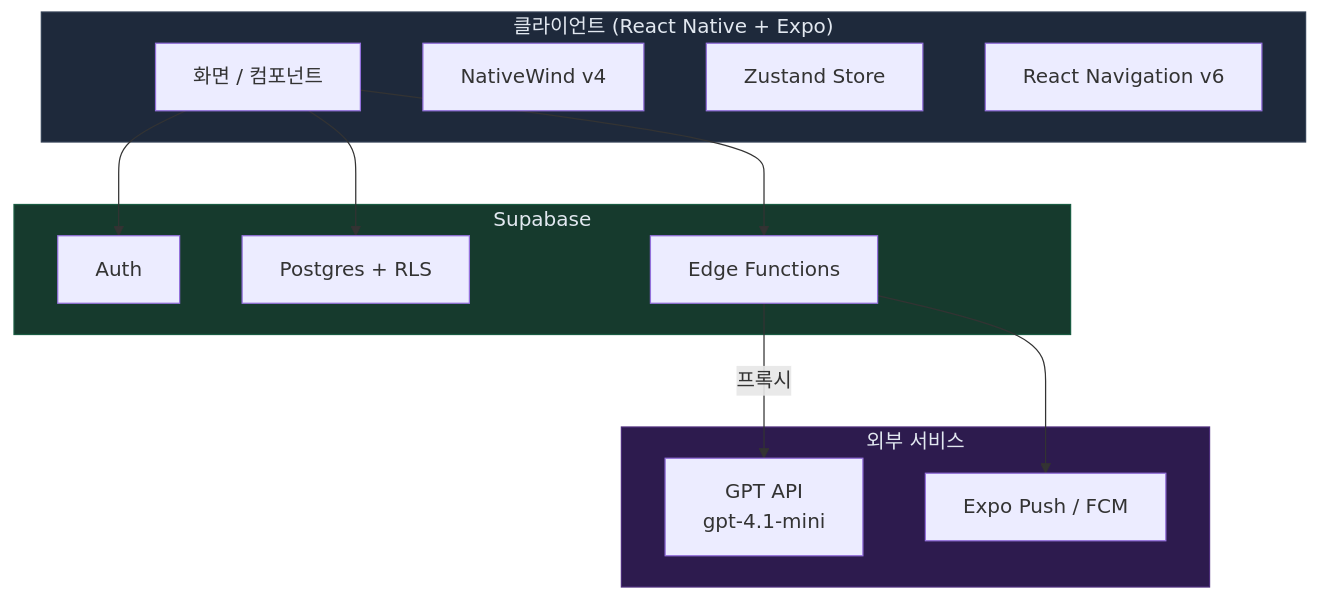
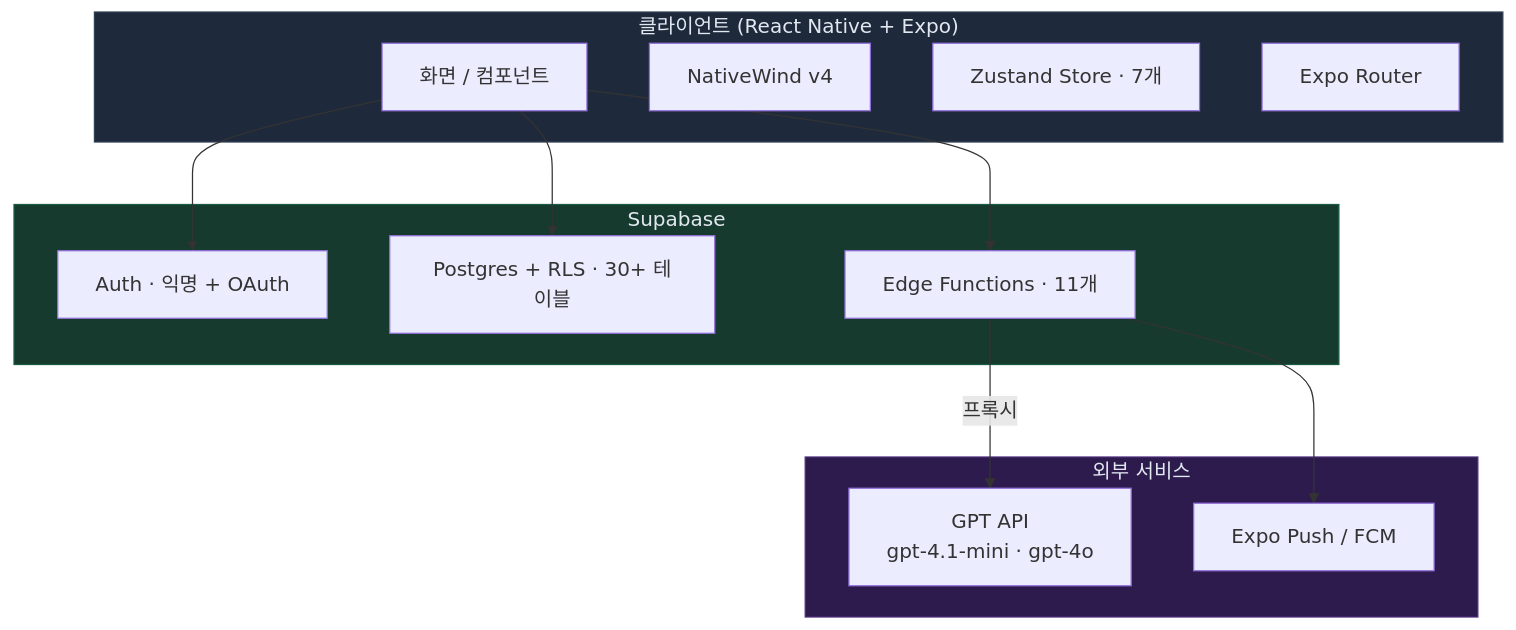
One commit to lmw1663/Reason-afterThatDay changed the diagram in docs/guide/02-tech-and-architecture.md. Above: the diagram before and after it, drawn with Mermaid. The commit also changed other lines of this file and 16 other files, not shown here.

````diff
--- a/docs/guide/02-tech-and-architecture.md
+++ b/docs/guide/02-tech-and-architecture.md
@@ -5,30 +5,30 @@
 ```mermaid
 graph TB
   subgraph Client["클라이언트 (React Native + Expo)"]
     UI[화면 / 컴포넌트]
     NW[NativeWind v4]
-    ZS[Zustand Store]
-    RN[React Navigation v6]
+    ZS[Zustand Store · 7개]
+    RN[Expo Router]
   end
 
   subgraph Supabase["Supabase"]
-    Auth[Auth]
-    DB[Postgres + RLS]
-    EF[Edge Functions]
+    Auth[Auth · 익명 + OAuth]
+    DB[Postgres + RLS · 30+ 테이블]
+    EF[Edge Functions · 11개]
   end
 
   subgraph External["외부 서비스"]
-    GPT[GPT API\ngpt-4.1-mini]
+    GPT[GPT API\ngpt-4.1-mini · gpt-4o]
     Push[Expo Push / FCM]
   end
 
   UI --> Auth
   UI --> DB
   UI --> EF
   EF -->|프록시| GPT
   EF --> Push
 
   style Client fill:#1e293b,stroke:#334155,color:#e2e8f0
   style Supabase fill:#163a2d,stroke:#1a5c42,color:#e2e8f0
   style External fill:#2d1b4e,stroke:#4c2d7a,color:#e2e8f0
 ```
````
